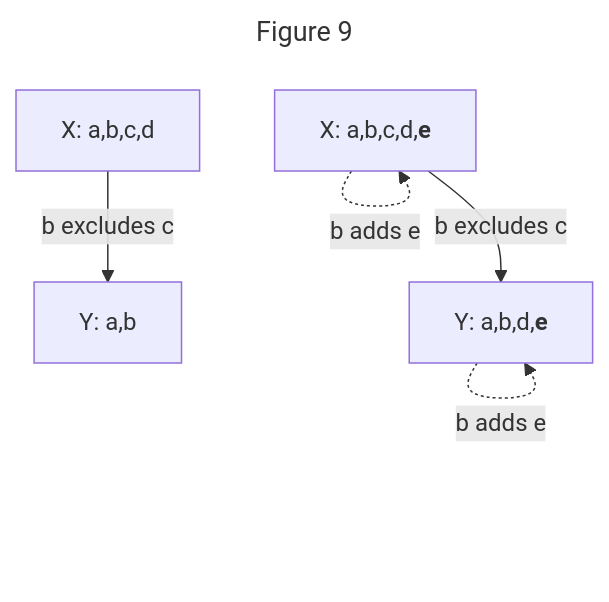
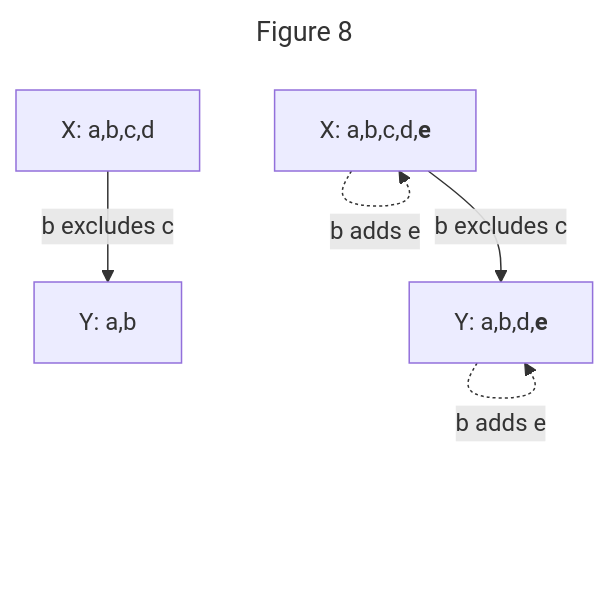
One commit to ssbc/ssb-group-exclusion-spec changed the eighth of 9 diagrams in README.md. Above: the diagram before and after it, drawn with Mermaid. The commit also changed other lines of this file, not shown here.

````diff
--- a/README.md
+++ b/README.md
@@ -416,13 +426,13 @@
 ```mermaid
 ---
-title: Figure 9
+title: Figure 8
 ---
 graph TB;
   A0[X: a,b,c,d]
   A0--"b excludes c"--> B0[Y: a,b]
-  
+
   A[X: a,b,c,d,<b>e</b>]
   A-."b adds e".->A
   A--"b excludes c"-->B[Y: a,b,d,<b>e</b>]
   B-."b adds e".->B
 ```
````
